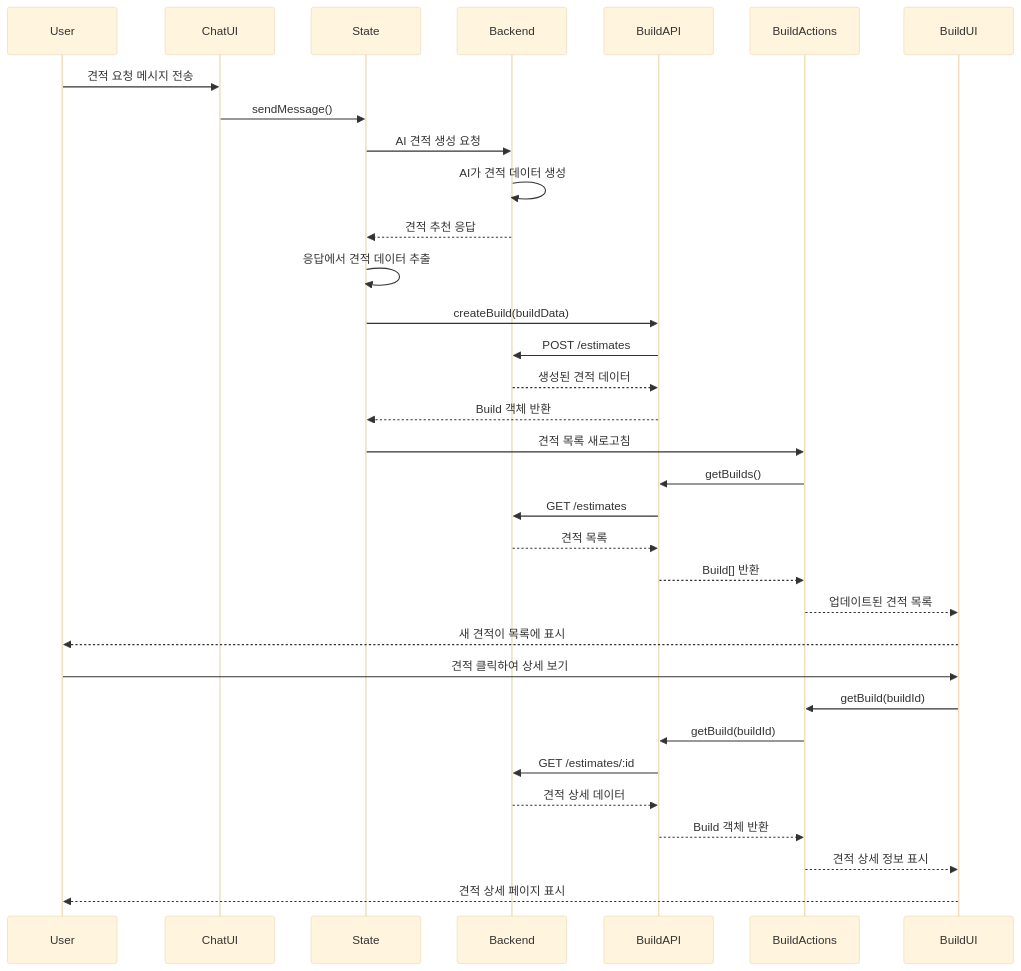
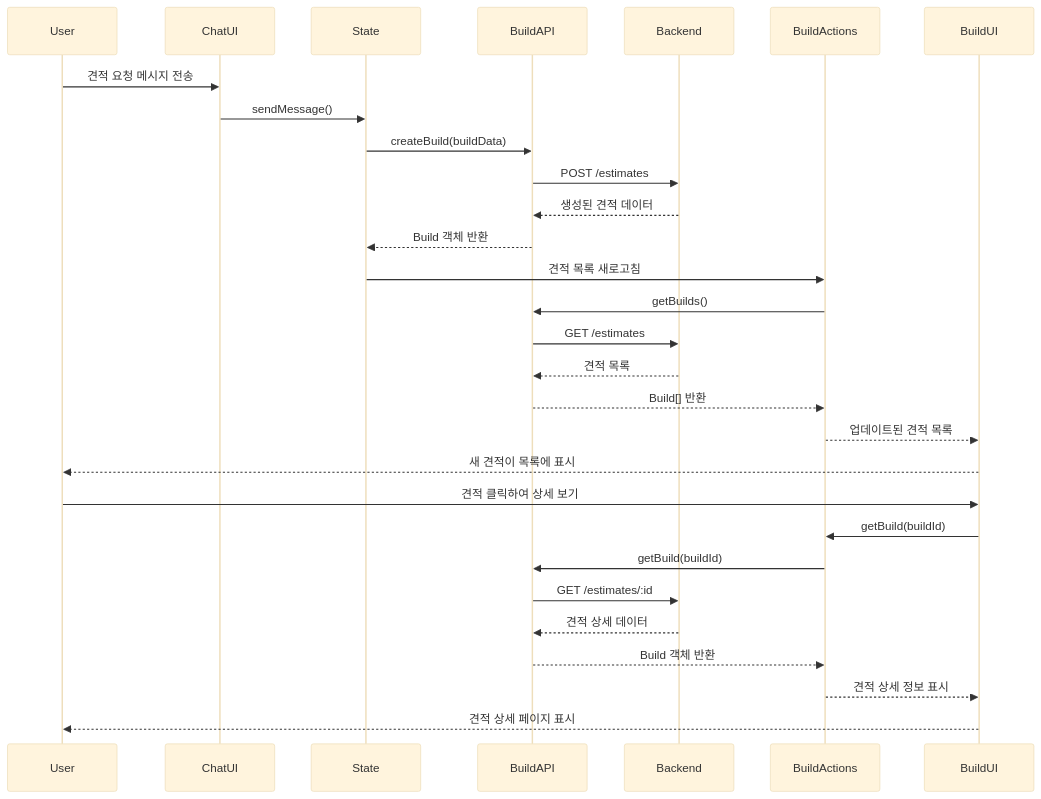
Before and after one commit to p0pular131/askspec-chat-assistant: diagram 11 of 20 in docs/design-specification.md, drawn with Mermaid (base theme).

Commit message:
asdfasdfasdf

````diff
--- a/docs/design-specification.md
+++ b/docs/design-specification.md
@@ -567,32 +567,28 @@
 ```mermaid
 sequenceDiagram
     User->>ChatUI: 견적 요청 메시지 전송
     ChatUI->>State: sendMessage()
-    State->>Backend: AI 견적 생성 요청
-    Backend->>Backend: AI가 견적 데이터 생성
-    Backend-->>State: 견적 추천 응답
-    
-    State->>State: 응답에서 견적 데이터 추출
+
     State->>BuildAPI: createBuild(buildData)
     BuildAPI->>Backend: POST /estimates
     Backend-->>BuildAPI: 생성된 견적 데이터
     BuildAPI-->>State: Build 객체 반환
     
     State->>BuildActions: 견적 목록 새로고침
     BuildActions->>BuildAPI: getBuilds()
     BuildAPI->>Backend: GET /estimates
     Backend-->>BuildAPI: 견적 목록
     BuildAPI-->>BuildActions: Build[] 반환
     
     BuildActions-->>BuildUI: 업데이트된 견적 목록
     BuildUI-->>User: 새 견적이 목록에 표시
     
     User->>BuildUI: 견적 클릭하여 상세 보기
     BuildUI->>BuildActions: getBuild(buildId)
     BuildActions->>BuildAPI: getBuild(buildId)
     BuildAPI->>Backend: GET /estimates/:id
     Backend-->>BuildAPI: 견적 상세 데이터
     BuildAPI-->>BuildActions: Build 객체 반환
     BuildActions-->>BuildUI: 견적 상세 정보 표시
     BuildUI-->>User: 견적 상세 페이지 표시
 ```
````
